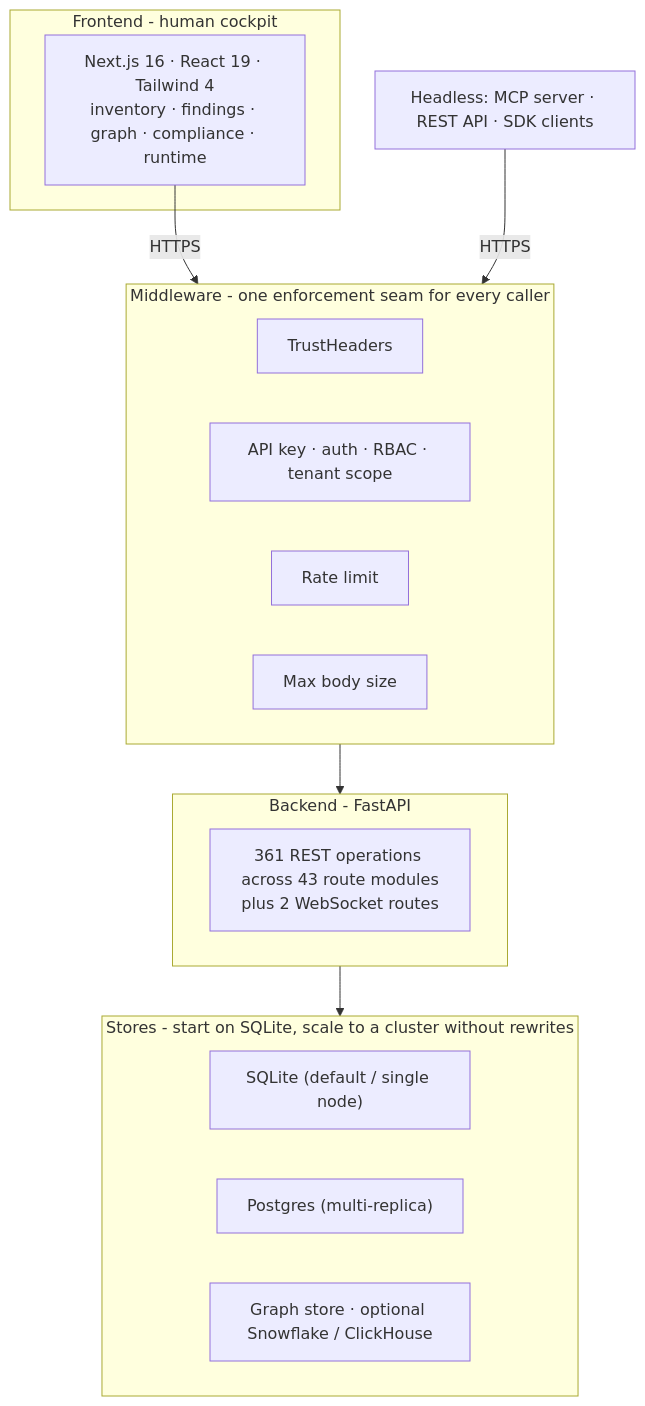
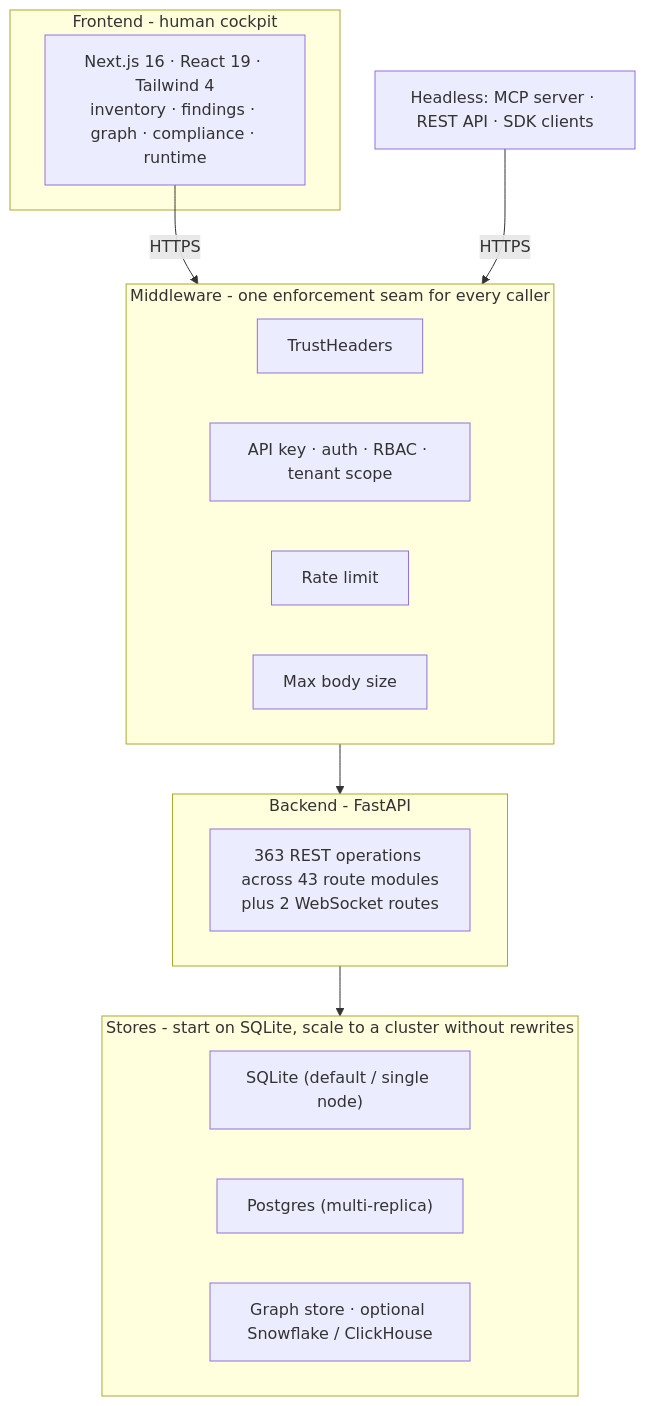
The fourth of 9 diagrams in docs/ARCHITECTURE.md (msaad00/agent-bom), drawn with Mermaid before and after one commit. The commit also changed 14 other files, not shown here.

````diff
--- a/docs/ARCHITECTURE.md
+++ b/docs/ARCHITECTURE.md
@@ -146,27 +146,27 @@
 ```mermaid
 flowchart TB
     subgraph FE["Frontend - human cockpit"]
         UI["Next.js 16 · React 19 · Tailwind 4\ninventory · findings · graph · compliance · runtime"]
     end
     subgraph MW["Middleware - one enforcement seam for every caller"]
         M1["TrustHeaders"]
         M2["API key · auth · RBAC · tenant scope"]
         M3["Rate limit"]
         M4["Max body size"]
     end
     subgraph BE["Backend - FastAPI"]
-        R["361 REST operations across 43 route modules
+        R["363 REST operations across 43 route modules
 plus 2 WebSocket routes"]
     end
     subgraph ST["Stores - start on SQLite, scale to a cluster without rewrites"]
         S1["SQLite (default / single node)"]
         S2["Postgres (multi-replica)"]
         S3["Graph store · optional Snowflake / ClickHouse"]
     end
 
     EXTAGENT["Headless: MCP server · REST API · SDK clients"]
 
     UI -->|HTTPS| MW
     EXTAGENT -->|HTTPS| MW
     MW --> BE --> ST
 ```
````
